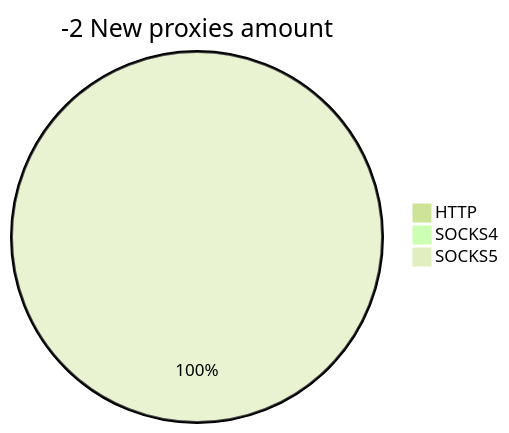
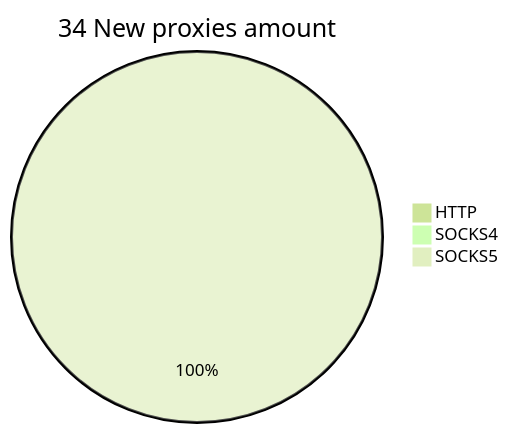
Before and after one commit to cutipu/proxylist: the second of 2 diagrams in README.md, drawn with Mermaid (forest theme). The commit also changed other lines of this file, not shown here.

````diff
--- a/README.md
+++ b/README.md
@@ -10,6 +10,6 @@
 ```mermaid
-pie title -2 New proxies amount
+pie title 34 New proxies amount
     "HTTP" : 0
     "SOCKS4" : 0
-    "SOCKS5" : 2
+    "SOCKS5" : 52
 ```
````
